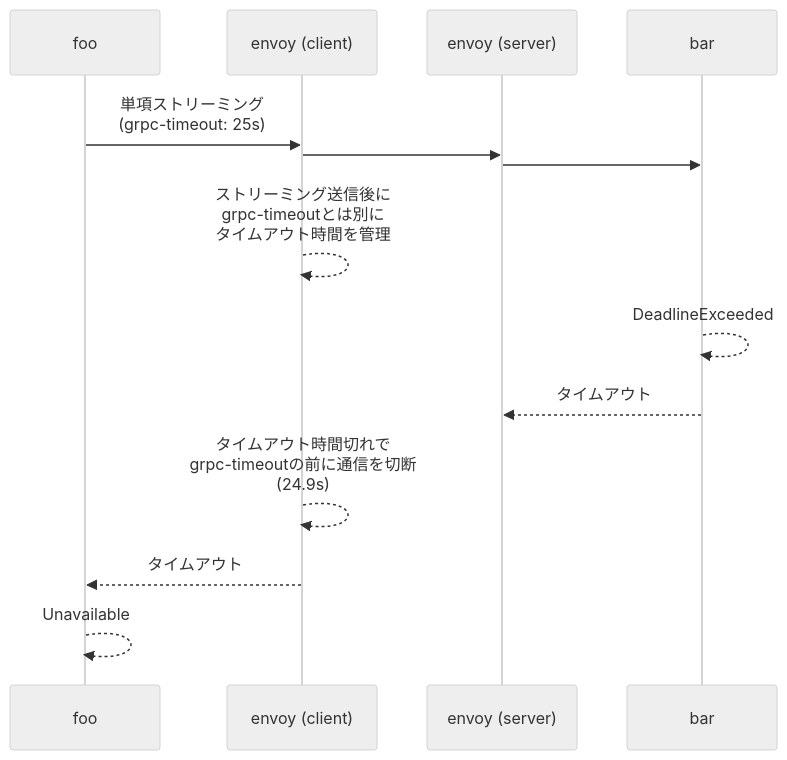
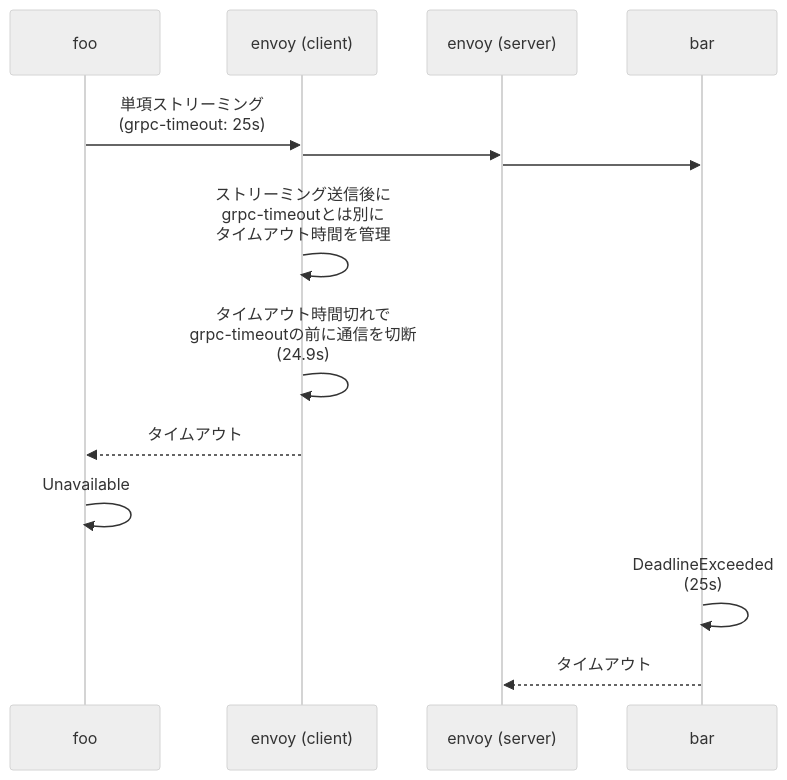
The second of 2 diagrams in docs/software/software_middleware_service_mesh_envoy_envoy_yaml.md (hiroki-it/tech-notebook), drawn with Mermaid (neutral theme) before and after one commit. The commit also changed 1 other file, not shown here.

Commit message:
update ノートを更新した。

````diff
--- a/docs/software/software_middleware_service_mesh_envoy_envoy_yaml.md
+++ b/docs/software/software_middleware_service_mesh_envoy_envoy_yaml.md
@@ -379,14 +379,15 @@
 ```mermaid
 sequenceDiagram
 
     foo->>envoy (client): 単項ストリーミング<br>(grpc-timeout: 25s)
     envoy (client)->>envoy (server): 
     envoy (server)->>bar: 
-    envoy (client)-->>envoy (client): ストリーミング送信後に<br>grpc-timeoutとは別に<br>タイムアウト時間を管理
+    envoy (client)->>envoy (client): ストリーミング送信後に<br>grpc-timeoutとは別に<br>タイムアウト時間を管理
 
-    bar-->>bar: DeadlineExceeded
+    envoy (client)->>envoy (client): タイムアウト時間切れで<br>grpc-timeoutの前に通信を切断<br>(24.9s)
+    envoy (client)-->>foo: タイムアウト
+    foo->>foo: Unavailable
+
+    bar->>bar: DeadlineExceeded<br>(25s)
     bar-->>envoy (server): タイムアウト
-    envoy (client)-->>envoy (client): タイムアウト時間切れで<br>grpc-timeoutの前に通信を切断<br>(24.9s)
-    envoy (client)-->>foo: タイムアウト
-    foo-->>foo: Unavailable
 ```
````
